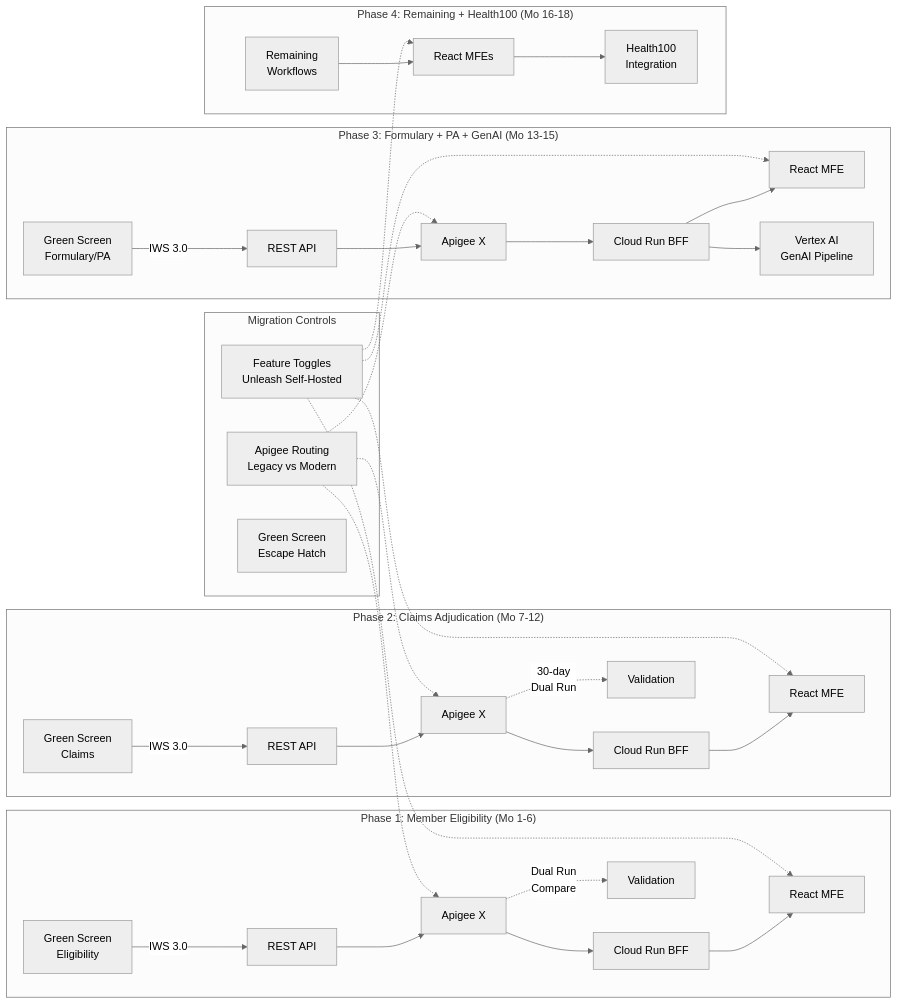
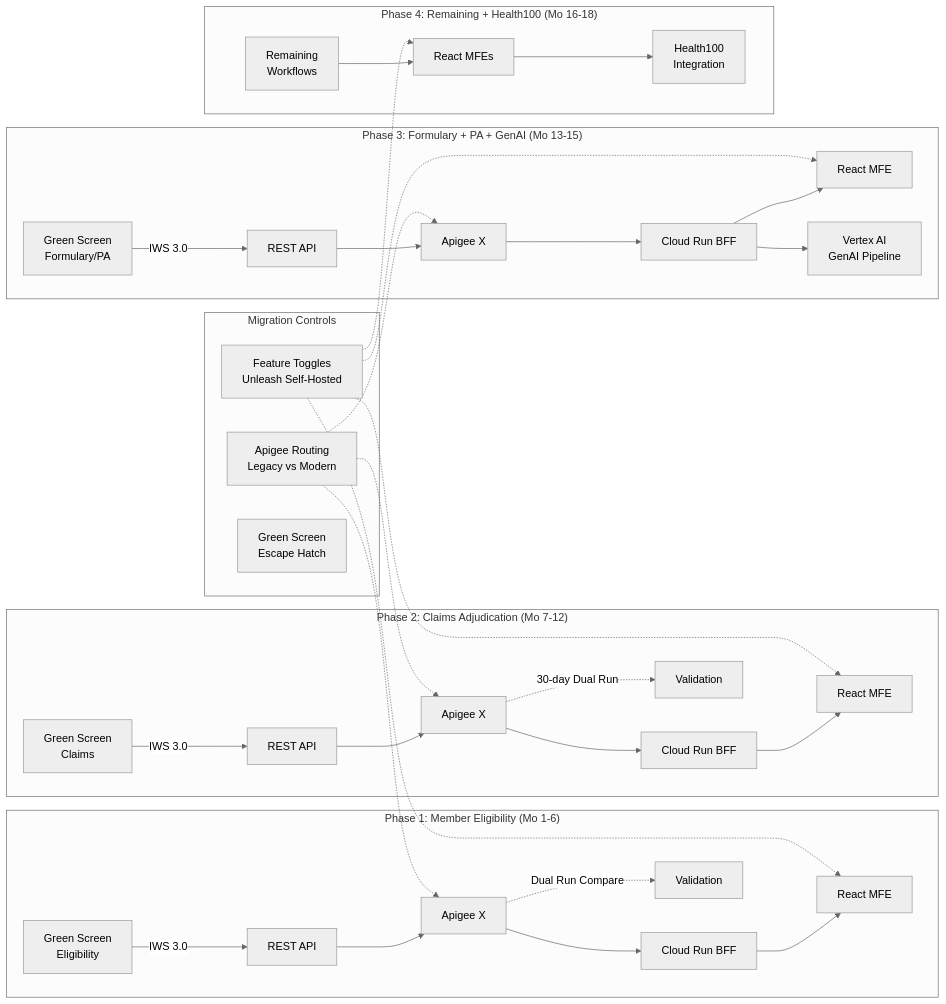
The first of 7 diagrams in outputs/cvs-legacy-transformation/solution-architecture-document.md (Modular-Earth-LLC/solutions-architecture-agent), drawn with Mermaid (neutral theme) before and after one commit. The commit also changed other lines of this file and 5 other files, not shown here.

First line of the commit message:
fix(diagrams): apply Mermaid quality rules across all diagrams and generation code

````diff
--- a/outputs/cvs-legacy-transformation/solution-architecture-document.md
+++ b/outputs/cvs-legacy-transformation/solution-architecture-document.md
@@ -112,40 +112,45 @@
 ```mermaid
 flowchart LR
     subgraph "Phase 1: Member Eligibility (Mo 1-6)"
-        A1[Green Screen<br/>Eligibility] -->|IWS 3.0| B1[REST API]
-        B1 --> C1[Apigee X]
-        C1 --> D1[Cloud Run BFF]
-        D1 --> E1[React MFE]
-        C1 -.->|Dual Run<br/>Compare| F1[Validation]
+        A1["Green Screen<br/>Eligibility"] -->|"IWS 3.0"| B1["REST API"]
+        B1 --> C1["Apigee X"]
+        C1 --> D1["Cloud Run BFF"]
+        D1 --> E1["React MFE"]
+        C1 -.->|"Dual Run Compare"| F1["Validation"]
     end
 
     subgraph "Phase 2: Claims Adjudication (Mo 7-12)"
-        A2[Green Screen<br/>Claims] -->|IWS 3.0| B2[REST API]
-        B2 --> C2[Apigee X]
-        C2 --> D2[Cloud Run BFF]
-        D2 --> E2[React MFE]
-        C2 -.->|30-day<br/>Dual Run| F2[Validation]
+        A2["Green Screen<br/>Claims"] -->|"IWS 3.0"| B2["REST API"]
+        B2 --> C2["Apigee X"]
+        C2 --> D2["Cloud Run BFF"]
+        D2 --> E2["React MFE"]
+        C2 -.->|"30-day Dual Run"| F2["Validation"]
     end
 
     subgraph "Phase 3: Formulary + PA + GenAI (Mo 13-15)"
-        A3[Green Screen<br/>Formulary/PA] -->|IWS 3.0| B3[REST API]
-        B3 --> C3[Apigee X]
-        C3 --> D3[Cloud Run BFF]
-        D3 --> E3[React MFE]
-        D3 --> G3[Vertex AI<br/>GenAI Pipeline]
+        A3["Green Screen<br/>Formulary/PA"] -->|"IWS 3.0"| B3["REST API"]
+        B3 --> C3["Apigee X"]
+        C3 --> D3["Cloud Run BFF"]
+        D3 --> E3["React MFE"]
+        D3 --> G3["Vertex AI<br/>GenAI Pipeline"]
     end
 
     subgraph "Phase 4: Remaining + Health100 (Mo 16-18)"
-        D4[Remaining<br/>Workflows] --> E4[React MFEs]
-        E4 --> H4[Health100<br/>Integration]
+        D4["Remaining<br/>Workflows"] --> E4["React MFEs"]
+        E4 --> H4["Health100<br/>Integration"]
     end
 
     subgraph "Migration Controls"
-        FT[Feature Toggles<br/>Unleash Self-Hosted]
-        RT[Apigee Routing<br/>Legacy vs Modern]
-        GS[Green Screen<br/>Escape Hatch]
+        FT["Feature Toggles<br/>Unleash Self-Hosted"]
+        RT["Apigee Routing<br/>Legacy vs Modern"]
+        GS["Green Screen<br/>Escape Hatch"]
     end
 
-    FT -.-> E1 & E2 & E3 & E4
-    RT -.-> C1 & C2 & C3
+    FT -.-> E1
+    FT -.-> E2
+    FT -.-> E3
+    FT -.-> E4
+    RT -.-> C1
+    RT -.-> C2
+    RT -.-> C3
 ```
````
